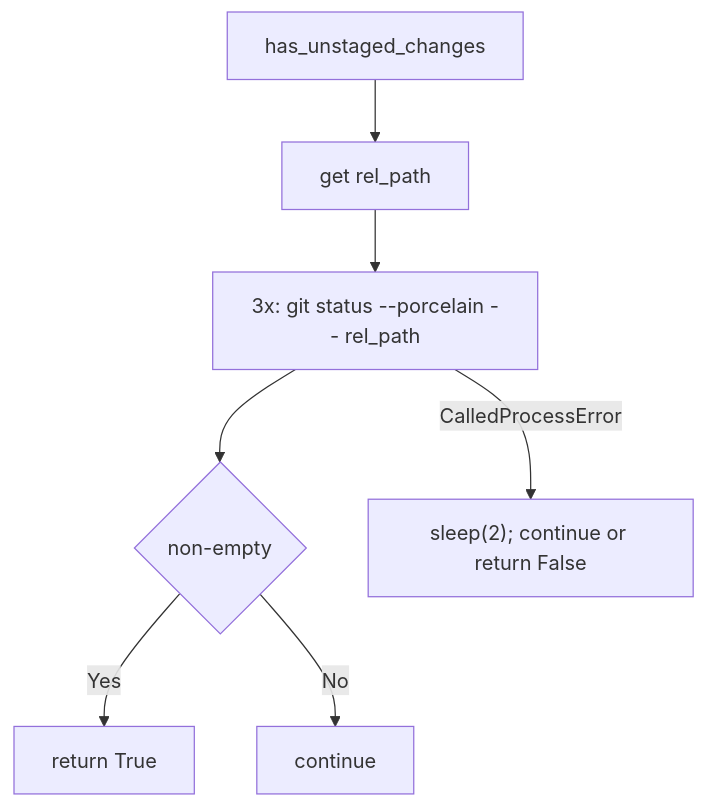
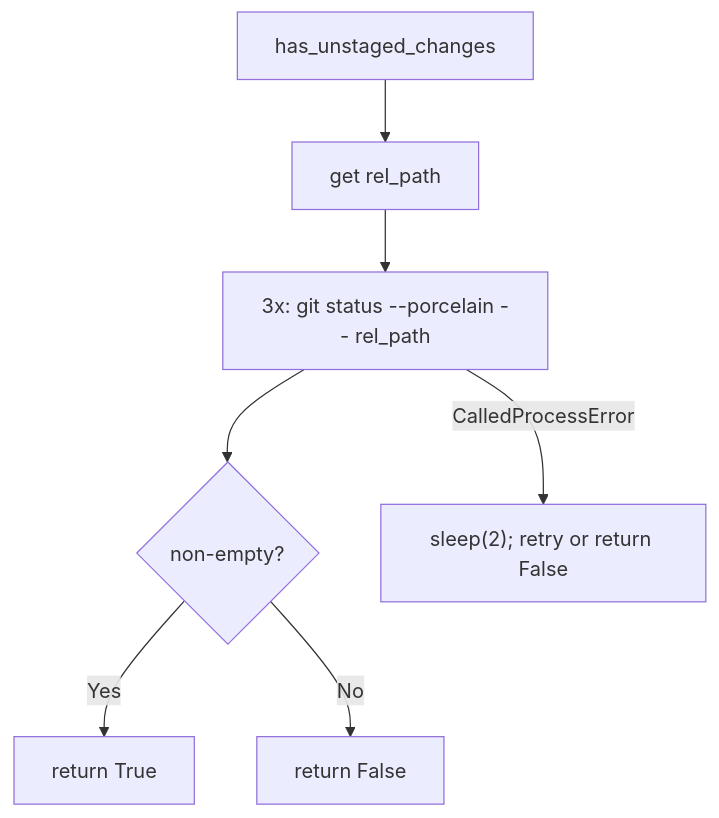
The fourth of 10 diagrams in doc/insights_app.md (pyops-project/pyops), drawn with Mermaid before and after one commit. The commit also changed other lines of this file and 6 other files, not shown here.

````diff
--- a/doc/insights_app.md
+++ b/doc/insights_app.md
@@ -183,9 +193,9 @@
 ```mermaid
 flowchart TD
     A[has_unstaged_changes] --> B[get rel_path]
     B --> C["3x: git status --porcelain -- rel_path"]
-    C --> D{non-empty}
+    C --> D{non-empty?}
     D -->|Yes| E[return True]
-    D -->|No| F[continue]
-    C -->|CalledProcessError| G["sleep(2); continue or return False"]
+    D -->|No| F[return False]
+    C -->|CalledProcessError| G["sleep(2); retry or return False"]
 ```
````
